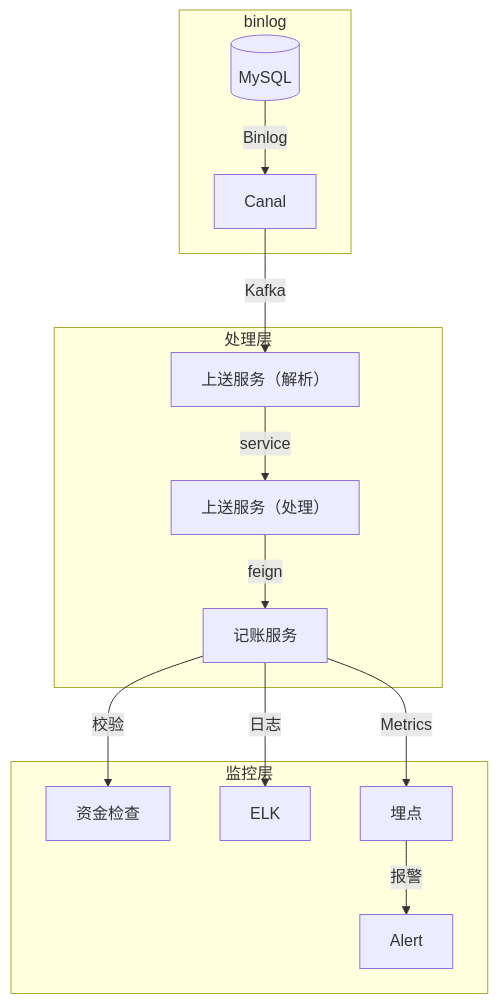
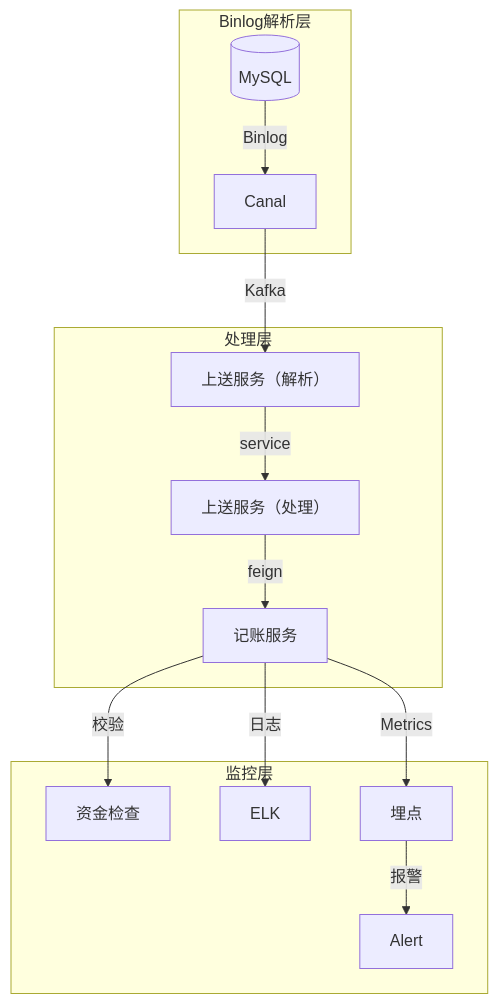
The diagram in all/记账架构图.md (87828943/iodraw-files), drawn with Mermaid before and after one commit.

Commit message:
2025-07-07 14:36:32 update

````diff
--- a/all/记账架构图.md
+++ b/all/记账架构图.md
@@ -1,17 +1,17 @@
 ```mermaid
 graph TB
-    subgraph binlog
+    subgraph Binlog解析层
         DB[(MySQL)] -->|Binlog| Canal
     end
     subgraph 处理层
         Canal -->|Kafka| Parser[上送服务（解析）]
         Parser -->|service| Engine[上送服务（处理）]
         Engine -->|feign| Accounting[记账服务]
     end
     subgraph 监控层
         Accounting --> |校验| 资金检查
         Accounting -->|日志| ELK
         Accounting -->|Metrics| 埋点
         埋点 -->|报警| Alert
     end
 ```
````
